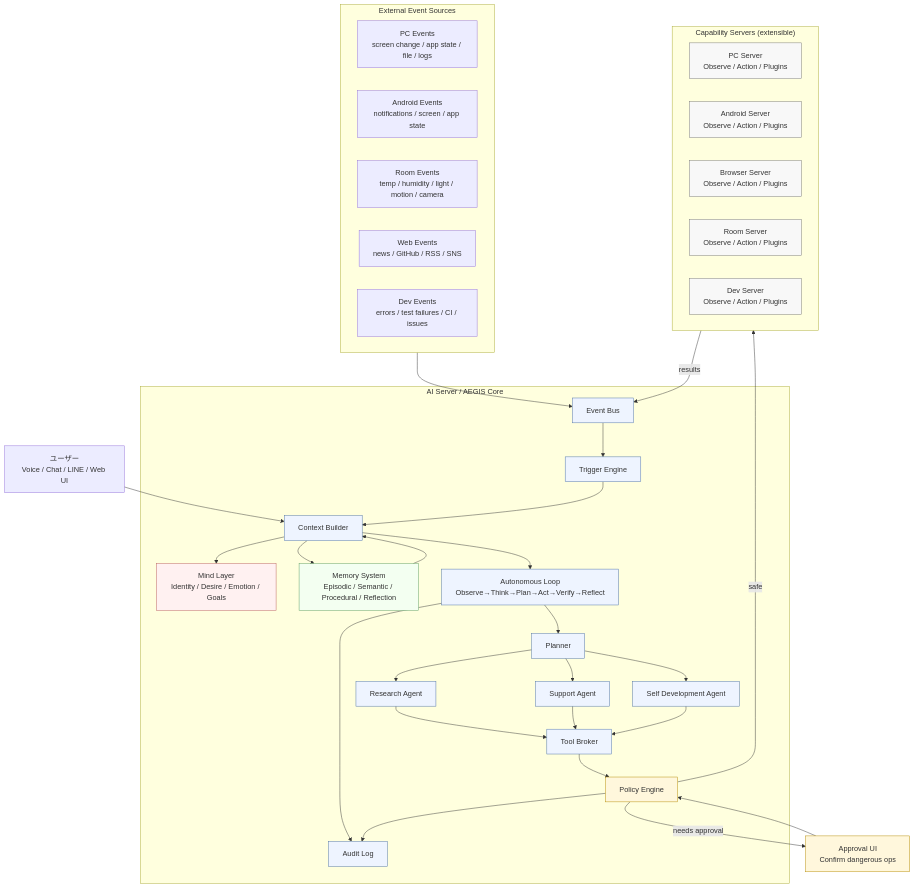
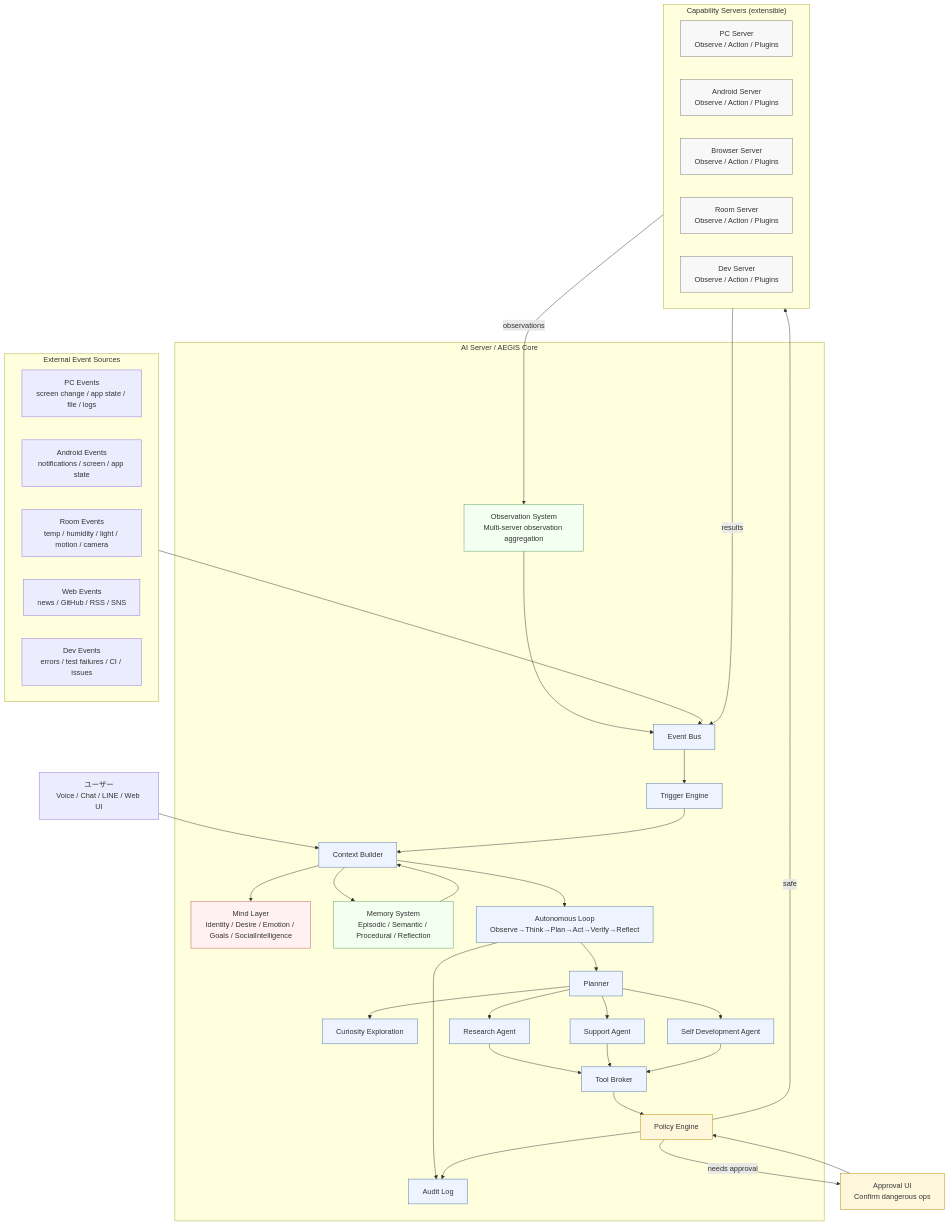
The first of 4 diagrams in docs/architecture.md (Kohaku912/AEGIS), drawn with Mermaid before and after one commit. The commit also changed other lines of this file and 86 other files, not shown here.

````diff
--- a/docs/architecture.md
+++ b/docs/architecture.md
@@ -27,74 +27,79 @@
 ```mermaid
 flowchart TB
     %% User Interfaces
     U["ユーザー<br/>Voice / Chat / LINE / Web UI"]
     ApprovalUI["Approval UI<br/>Confirm dangerous ops"]
 
     %% Event Sources
     subgraph EventSources["External Event Sources"]
         PCEvents["PC Events<br/>screen change / app state / file / logs"]
         AndroidEvents["Android Events<br/>notifications / screen / app state"]
         RoomEvents["Room Events<br/>temp / humidity / light / motion / camera"]
         WebEvents["Web Events<br/>news / GitHub / RSS / SNS"]
         DevEvents["Dev Events<br/>errors / test failures / CI / issues"]
     end
 
     %% Core
     subgraph Core["AI Server / AEGIS Core"]
         EventBus["Event Bus"]
         TriggerEngine["Trigger Engine"]
         ContextBuilder["Context Builder"]
-        Mind["Mind Layer\nIdentity / Desire / Emotion / Goals"]
+        Mind["Mind Layer\nIdentity / Desire / Emotion / Goals / SocialIntelligence"]
         Memory["Memory System\nEpisodic / Semantic / Procedural / Reflection"]
+        Observation["Observation System\nMulti-server observation aggregation"]
         AutonomousLoop["Autonomous Loop\nObserve→Think→Plan→Act→Verify→Reflect"]
         Planner["Planner"]
+        Curiosity["Curiosity Exploration"]
         Researcher["Research Agent"]
         SupportAgent["Support Agent"]
         SelfDevAgent["Self Development Agent"]
         ToolBroker["Tool Broker"]
         Policy["Policy Engine"]
         Audit["Audit Log"]
     end
 
     %% Servers
     subgraph Servers["Capability Servers (extensible)"]
         PCServer["PC Server\nObserve / Action / Plugins"]
         AndroidServer["Android Server\nObserve / Action / Plugins"]
         BrowserServer["Browser Server\nObserve / Action / Plugins"]
         RoomServer["Room Server\nObserve / Action / Plugins"]
         DevServer["Dev Server\nObserve / Action / Plugins"]
     end
 
     %% Data Flow
     U --> ContextBuilder
     EventSources --> EventBus
     EventBus --> TriggerEngine
     TriggerEngine --> ContextBuilder
     ContextBuilder --> Mind
     ContextBuilder --> Memory
     ContextBuilder --> AutonomousLoop
     Memory --> ContextBuilder
+    Servers -->|observations| Observation
+    Observation --> EventBus
     AutonomousLoop --> Planner
+    Planner --> Curiosity
     Planner --> Researcher & SupportAgent & SelfDevAgent
     Researcher & SupportAgent & SelfDevAgent --> ToolBroker
     ToolBroker --> Policy
     Policy -->|safe| Servers
     Policy -->|needs approval| ApprovalUI
     ApprovalUI --> Policy
     Servers -->|results| EventBus
     AutonomousLoop --> Audit
     Policy --> Audit
 
     %% Styles
     classDef core fill:#eef4ff,stroke:#4a6fa5
     classDef mind fill:#fff1f1,stroke:#b85c5c
     classDef memory fill:#f3fff1,stroke:#5c9b5c
     classDef server fill:#f8f8f8,stroke:#777
     classDef risk fill:#fff7dc,stroke:#b58a00
 
-    class EventBus,TriggerEngine,ContextBuilder,AutonomousLoop,Planner,Researcher,SupportAgent,SelfDevAgent,ToolBroker,Audit core
+    class EventBus,TriggerEngine,ContextBuilder,AutonomousLoop,Planner,Curiosity,Researcher,SupportAgent,SelfDevAgent,ToolBroker,Audit core
     class Mind mind
-    class Memory memory
+    class Memory,Observation memory
     class PCServer,AndroidServer,BrowserServer,RoomServer,DevServer server
     class Policy,ApprovalUI risk
 ```
````
